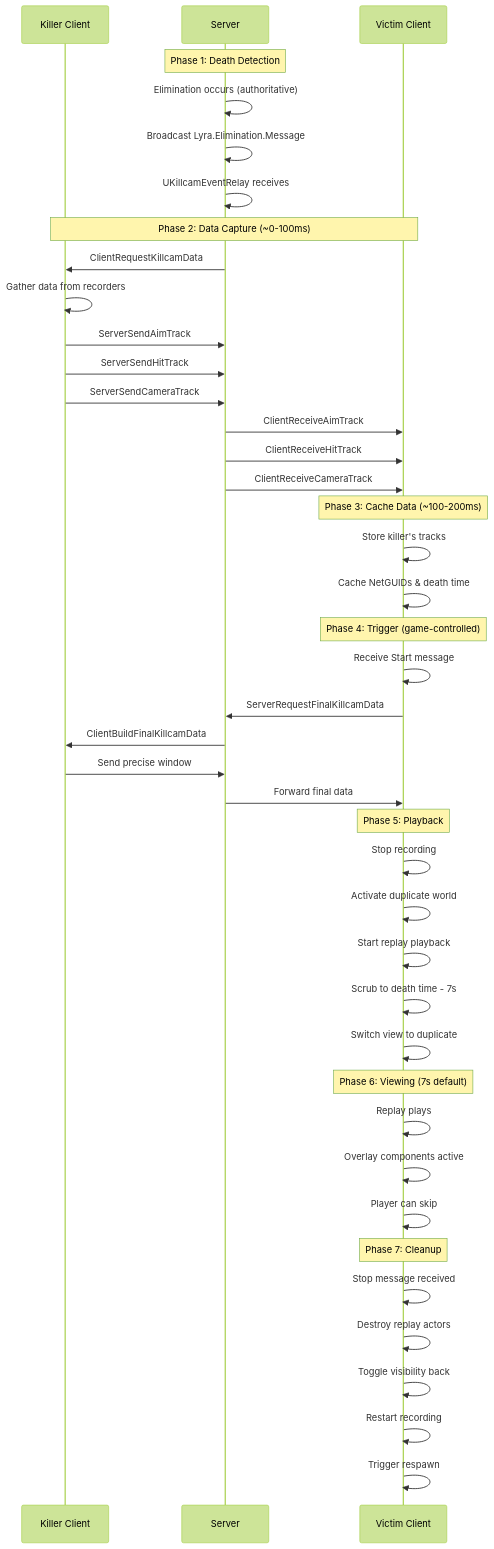
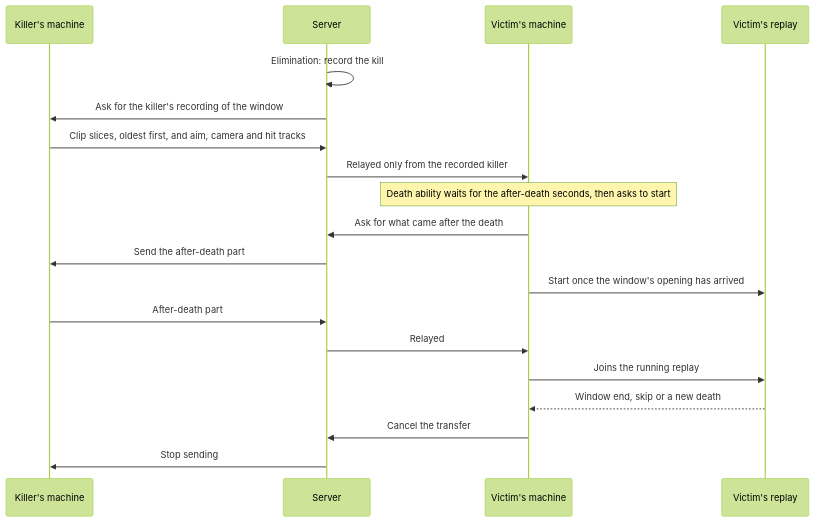
The diagram in outliyr-framework/docs/core-modules/shooter-base/kill-cam/architecture-overview.md (outliyr/outliyr-docs), drawn with Mermaid (forest theme) before and after one commit. The commit also changed other lines of this file and 63 other files, not shown here.

First line of the commit message:
Document Visual Replay and the kill cam rebuilt on it

````diff
--- a/outliyr-framework/docs/core-modules/shooter-base/kill-cam/architecture-overview.md
+++ b/outliyr-framework/docs/core-modules/shooter-base/kill-cam/architecture-overview.md
@@ -165,51 +21,21 @@
 ```mermaid
 sequenceDiagram
-    participant K as Killer Client
+    participant K as Killer's machine
     participant S as Server
-    participant V as Victim Client
-
-    Note over S: Phase 1: Death Detection
-    S->>S: Elimination occurs (authoritative)
-    S->>S: Broadcast Lyra.Elimination.Message
-    S->>S: UKillcamEventRelay receives
-
-    Note over K,V: Phase 2: Data Capture (~0-100ms)
-    S->>K: ClientRequestKillcamData
-    K->>K: Gather data from recorders
-    K->>S: ServerSendAimTrack
-    K->>S: ServerSendHitTrack
-    K->>S: ServerSendCameraTrack
-    S->>V: ClientReceiveAimTrack
-    S->>V: ClientReceiveHitTrack
-    S->>V: ClientReceiveCameraTrack
-
-    Note over V: Phase 3: Cache Data (~100-200ms)
-    V->>V: Store killer's tracks
-    V->>V: Cache NetGUIDs & death time
-
-    Note over V: Phase 4: Trigger (game-controlled)
-    V->>V: Receive Start message
-    V->>S: ServerRequestFinalKillcamData
-    S->>K: ClientBuildFinalKillcamData
-    K->>S: Send precise window
-    S->>V: Forward final data
-
-    Note over V: Phase 5: Playback
-    V->>V: Stop recording
-    V->>V: Activate duplicate world
-    V->>V: Start replay playback
-    V->>V: Scrub to death time - 7s
-    V->>V: Switch view to duplicate
-
-    Note over V: Phase 6: Viewing (7s default)
-    V->>V: Replay plays
-    V->>V: Overlay components active
-    V->>V: Player can skip
-
-    Note over V: Phase 7: Cleanup
-    V->>V: Stop message received
-    V->>V: Destroy replay actors
-    V->>V: Toggle visibility back
-    V->>V: Restart recording
-    V->>V: Trigger respawn
+    participant V as Victim's machine
+    participant R as Victim's replay
+    S->>S: Elimination: record the kill
+    S->>K: Ask for the killer's recording of the window
+    K->>S: Clip slices, oldest first, and aim, camera and hit tracks
+    S->>V: Relayed only from the recorded killer
+    Note over V: Death ability waits for the after-death seconds, then asks to start
+    V->>S: Ask for what came after the death
+    S->>K: Send the after-death part
+    V->>R: Start once the window's opening has arrived
+    K->>S: After-death part
+    S->>V: Relayed
+    V->>R: Joins the running replay
+    R-->>V: Window end, skip or a new death
+    V->>S: Cancel the transfer
+    S->>K: Stop sending
 ```
````
